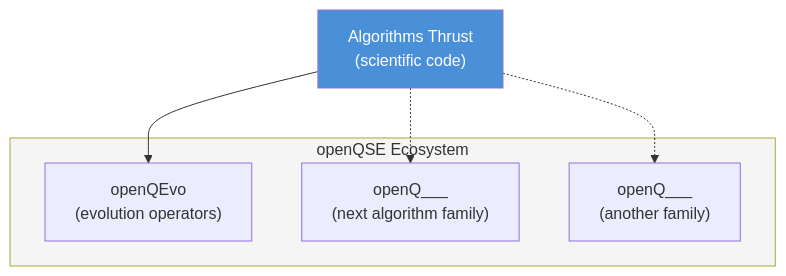
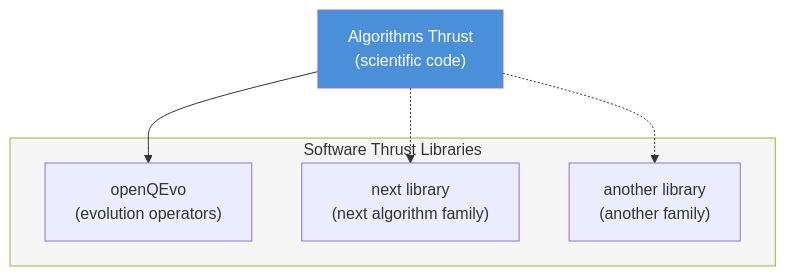
One commit to QSCSoftwareEcosystem/OpenQEvo changed the second of 2 diagrams in docs/roadmap.md. Above: the diagram before and after it, drawn with Mermaid. The commit also changed other lines of this file and 15 other files, not shown here.

First line of the commit message:
Compress roadmap to June 2026, add CI, context schema, and JSON files

````diff
--- a/docs/roadmap.md
+++ b/docs/roadmap.md
@@ -82,17 +99,17 @@
 ```mermaid
 flowchart TB
     ALG["Algorithms Thrust\n(scientific code)"]
 
-    subgraph OPENQSE ["openQSE Ecosystem"]
+    subgraph SW ["Software Thrust Libraries"]
         OQEVO["openQEvo\n(evolution operators)"]
-        FUTURE1["openQ___\n(next algorithm family)"]
-        FUTURE2["openQ___\n(another family)"]
+        FUTURE1["next library\n(next algorithm family)"]
+        FUTURE2["another library\n(another family)"]
     end
 
     ALG --> OQEVO
     ALG -.-> FUTURE1
     ALG -.-> FUTURE2
 
     style ALG fill:#4a90d9,color:#fff
-    style OPENQSE fill:#f5f5f5,color:#333
+    style SW fill:#f5f5f5,color:#333
 ```
````
